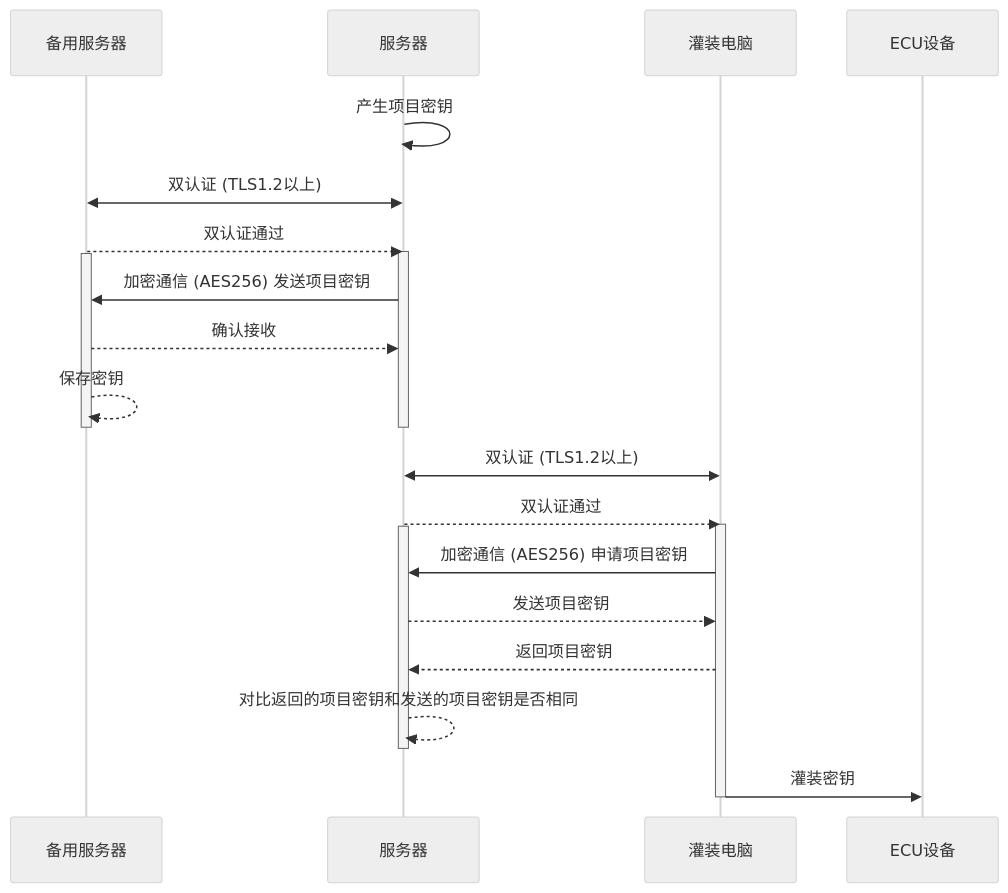
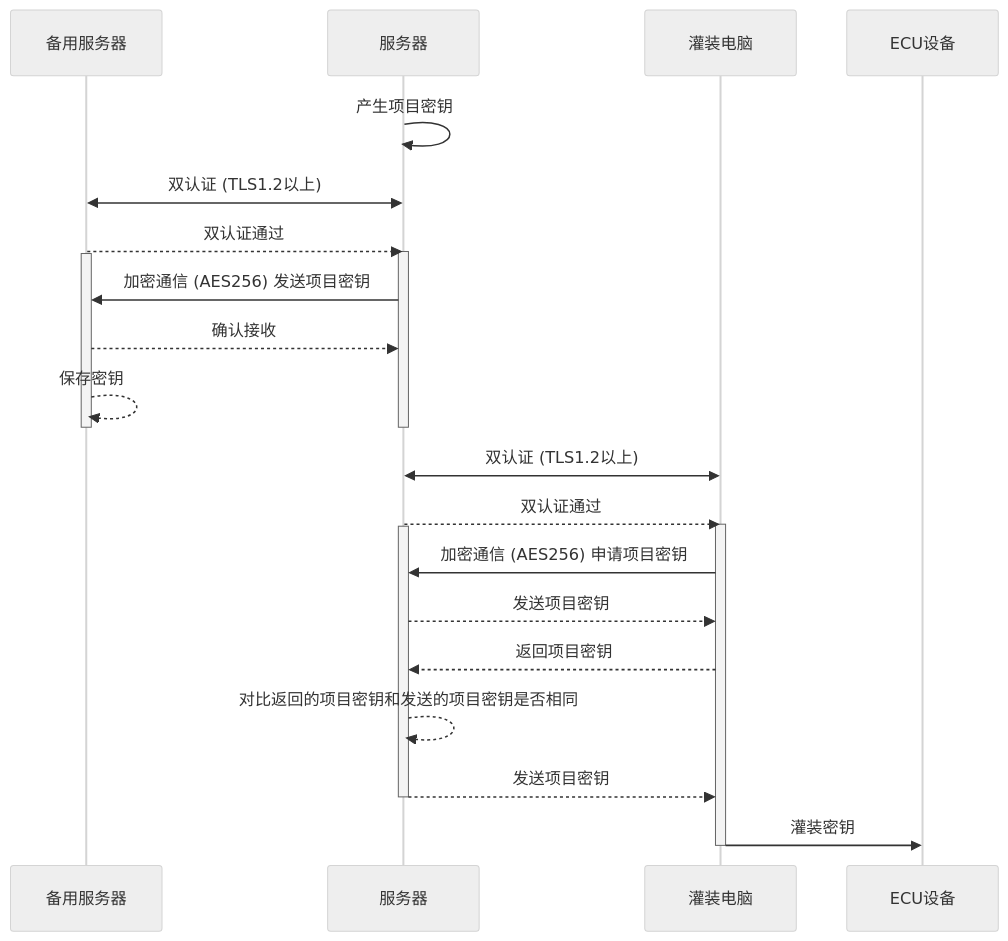
Before and after one commit to facebook-cloud/iodraw-files: the diagram in all/未命名-10.md, drawn with Mermaid (neutral theme).

Commit message:
2026-01-15 11:01:40 update

````diff
--- a/all/未命名-10.md
+++ b/all/未命名-10.md
@@ -1,31 +1,32 @@
 ```mermaid
 sequenceDiagram
     participant B as 备用服务器
     participant A as 服务器
     participant C as 灌装电脑
     participant D as ECU设备
 
     A->>A: 产生项目密钥
     A<<->>B: 双认证 (TLS1.2以上)
     B-->>A: 双认证通过
     activate A
     activate B
     A->>B: 加密通信 (AES256) 发送项目密钥
     B-->>A: 确认接收
     B-->>B: 保存密钥
     deactivate B
     deactivate A
 
     C<<->>A: 双认证 (TLS1.2以上)
     A-->>C: 双认证通过
     activate C
     activate A
     C->>A: 加密通信 (AES256) 申请项目密钥
     A-->>C: 发送项目密钥
     C-->>A: 返回项目密钥
     A-->>A: 对比返回的项目密钥和发送的项目密钥是否相同
+    A-->>C: 发送项目密钥
     deactivate A
     C->>D: 灌装密钥
     deactivate C
 
 ```
````
